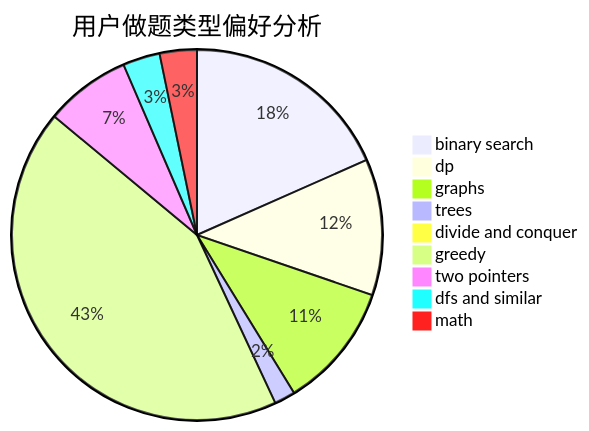
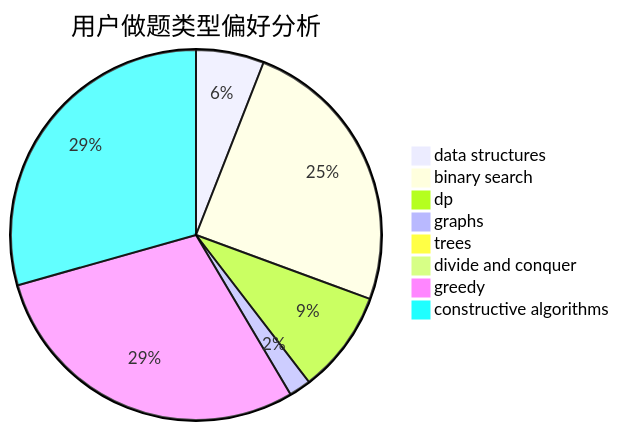
Before and after one commit to sherpahu/cfrs.github.io: the second of 3 diagrams in docs/user/u1797.md, drawn with Mermaid. The commit also changed other lines of this file and 2775 other files, not shown here.

````diff
--- a/docs/user/u1797.md
+++ b/docs/user/u1797.md
@@ -23,12 +23,11 @@
 ```mermaid
 pie title 用户做题类型偏好分析
-    "binary search" :  221
-    "dp" :  143
-    "graphs" :  132
-    "trees" :  22
-    "divide and conquer" :  5
-    "greedy" :  517
-    "two pointers" :  90
-    "dfs and similar" :  39
-    "math" :  39
+    "data structures" :  53
+    "binary search" :  220
+    "dp" :  80
+    "graphs" :  17
+    "trees" :  1
+    "divide and conquer" :  0
+    "greedy" :  260
+    "constructive algorithms" :  262
 ```
````
